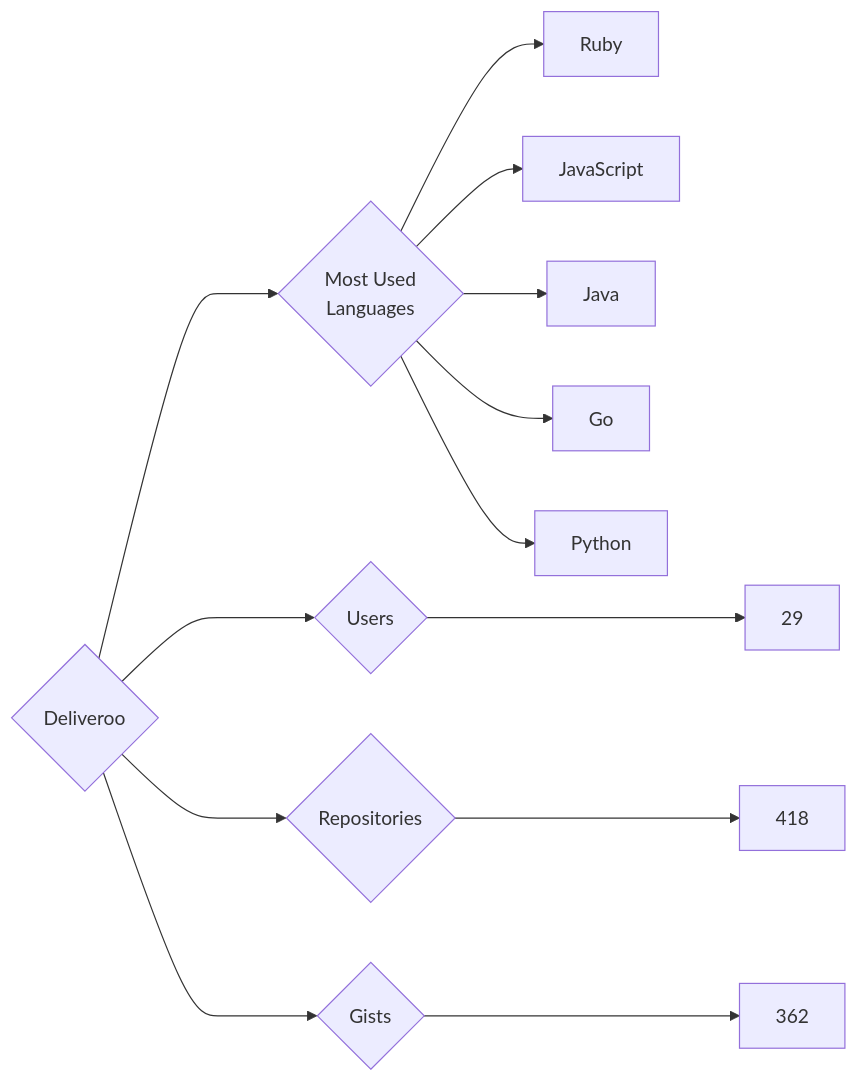
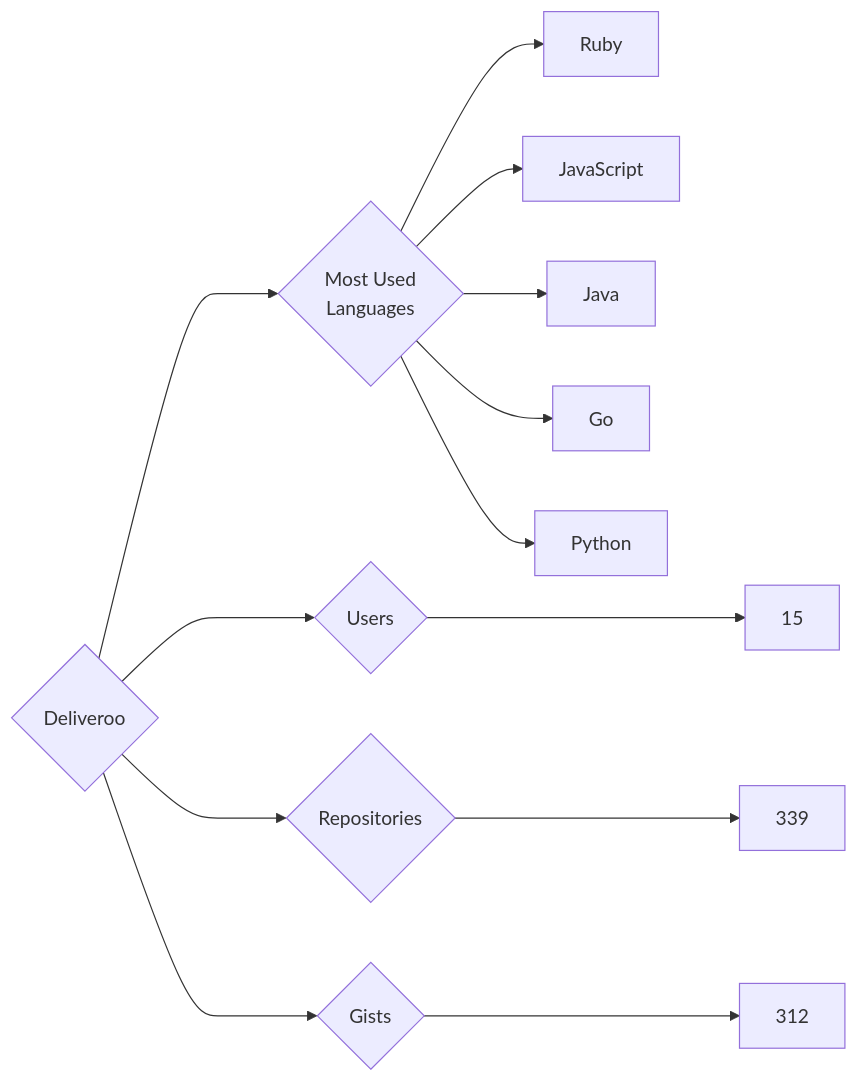
Before and after one commit to trickest/insiders: the diagram in targets/Deliveroo/README.md, drawn with Mermaid. The commit also changed 699 other files, not shown here.

````diff
--- a/targets/Deliveroo/README.md
+++ b/targets/Deliveroo/README.md
@@ -3,13 +3,13 @@
 ```mermaid
 graph LR
 COMPANY_NAME{Deliveroo}
-COMPANY_NAME ---> U{Users} ---> UN[29]
-COMPANY_NAME ---> R{Repositories} ---> RN[418]
-COMPANY_NAME ---> G{Gists} ---> GN[362]
+COMPANY_NAME ---> U{Users} ---> UN[15]
+COMPANY_NAME ---> R{Repositories} ---> RN[339]
+COMPANY_NAME ---> G{Gists} ---> GN[312]
 COMPANY_NAME ---> ML{Most Used<br>Languages}
 ML --> Ruby[Ruby]
 ML --> JavaScript[JavaScript]
 ML --> Java[Java]
 ML --> Go[Go]
 ML --> Python[Python]
 ```
````
